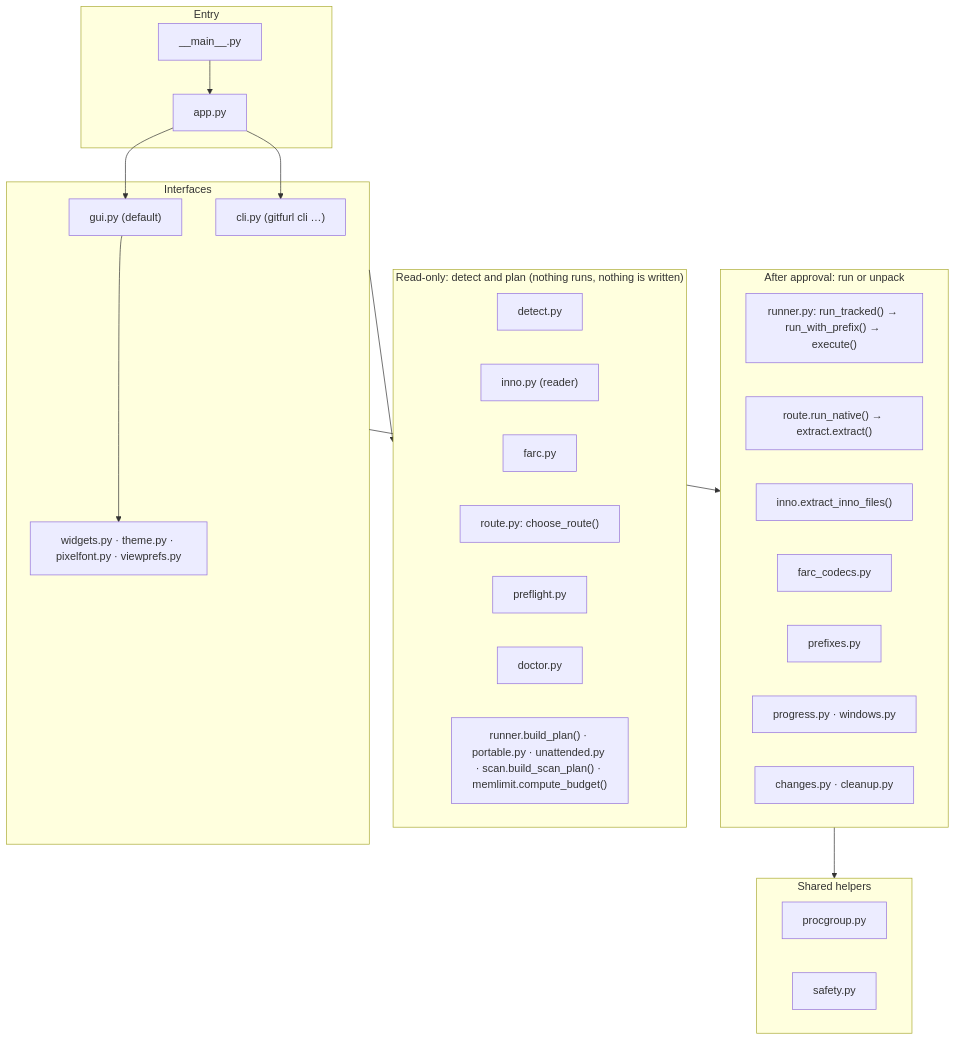
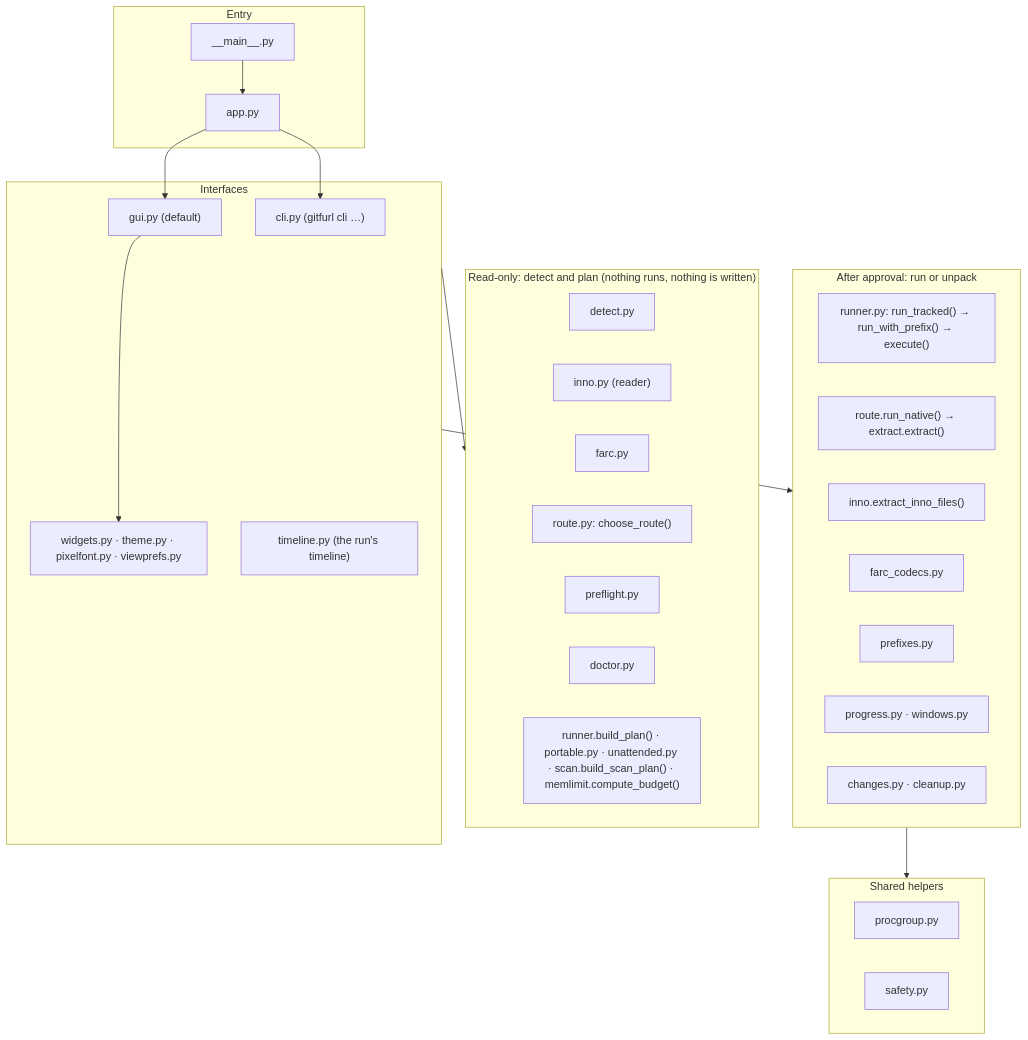
The first of 6 diagrams in docs/code-map.md (undecuple/gitfurl), drawn with Mermaid before and after one commit. The commit also changed other lines of this file and 14 other files, not shown here.

Commit message:
Timeline: what each step of a run did and why (#55)

````diff
--- a/docs/code-map.md
+++ b/docs/code-map.md
@@ -9,38 +9,39 @@
 ```mermaid
 flowchart TB
   subgraph entry["Entry"]
     main["__main__.py"] --> app["app.py"]
   end
   subgraph ui["Interfaces"]
     gui["gui.py (default)"]
     cli["cli.py (gitfurl cli …)"]
     widgets["widgets.py · theme.py · pixelfont.py · viewprefs.py"]
+    timeline["timeline.py (the run's timeline)"]
   end
   subgraph plan["Read-only: detect and plan (nothing runs, nothing is written)"]
     detect["detect.py"]
     inno["inno.py (reader)"]
     farc["farc.py"]
     route["route.py: choose_route()"]
     preflight["preflight.py"]
     doctor["doctor.py"]
     builders["runner.build_plan() · portable.py · unattended.py · scan.build_scan_plan() · memlimit.compute_budget()"]
   end
   subgraph run["After approval: run or unpack"]
     runner["runner.py: run_tracked() → run_with_prefix() → execute()"]
     native["route.run_native() → extract.extract()"]
     innox["inno.extract_inno_files()"]
     codecs["farc_codecs.py"]
     prefixes["prefixes.py"]
     progress["progress.py · windows.py"]
     changes["changes.py · cleanup.py"]
   end
   subgraph shared["Shared helpers"]
     procgroup["procgroup.py"]
     safety["safety.py"]
   end
   app --> gui & cli
   gui --> widgets
   ui --> plan
   ui --> run
   run --> shared
 ```
````
